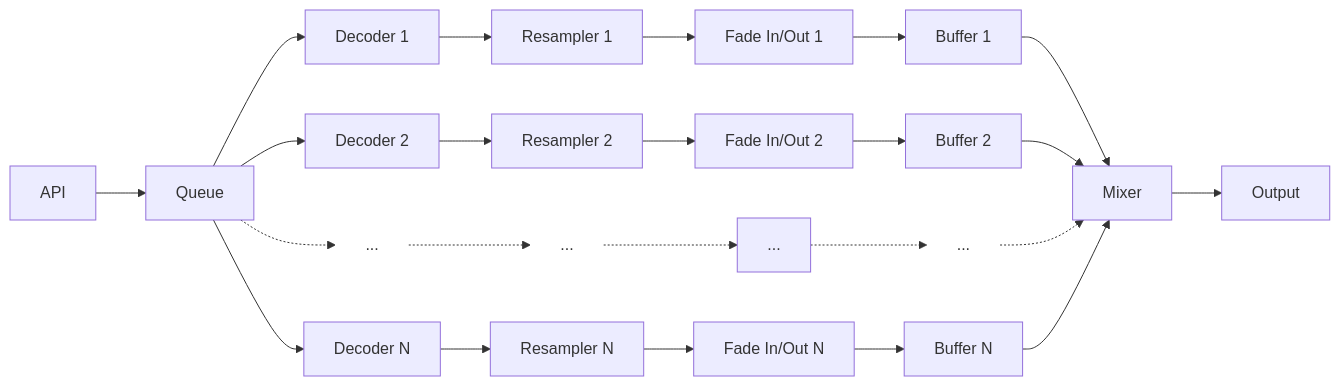
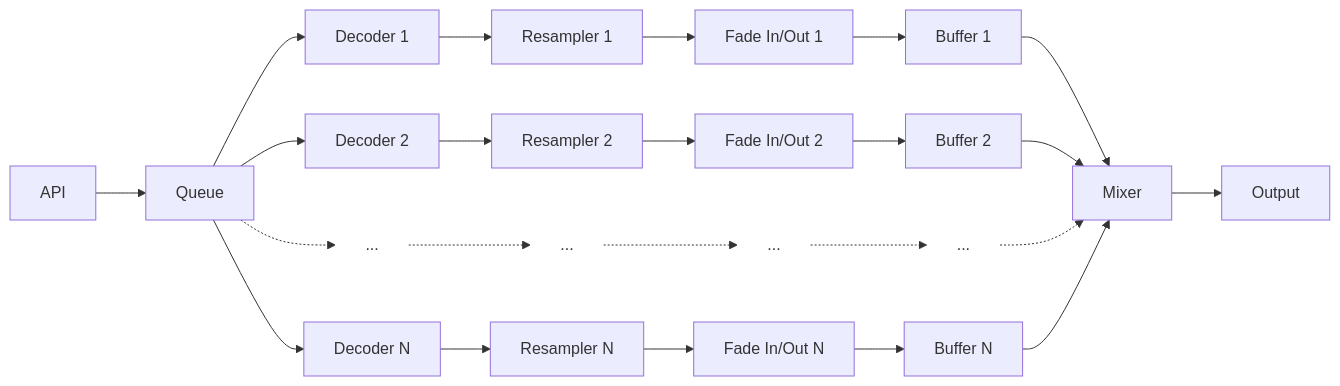
The diagram in docs/NEW-decoder_buffer_design.md (MangoCats/McRhythm), drawn with Mermaid before and after one commit.

Commit message:
refining new buffering spec

````diff
--- a/docs/NEW-decoder_buffer_design.md
+++ b/docs/NEW-decoder_buffer_design.md
@@ -69,34 +69,35 @@
 ```mermaid
 graph LR
     API[API] --> Queue[Queue]
     Queue --> Decoder1[Decoder 1]
     Queue --> Decoder2[Decoder 2]
     Queue -.-> DecoderDots[...]
     Queue --> DecoderN[Decoder N]
     
     Decoder1 --> Resampler1[Resampler 1]
     Decoder2 --> Resampler2[Resampler 2]
     DecoderDots -.-> ResamplerDots[...]
     DecoderN --> ResamplerN[Resampler N]
     
     Resampler1 --> Fade1[Fade In/Out 1]
     Resampler2 --> Fade2[Fade In/Out 2]
     ResamplerDots -.-> FadeDots[...]
     ResamplerN --> FadeN[Fade In/Out N]
     
     Fade1 --> Buffer1[Buffer 1]
     Fade2 --> Buffer2[Buffer 2]
     FadeDots -.-> BufferDots[...]
     FadeN --> BufferN[Buffer N]
 
     Buffer1 --> Mixer[Mixer]
     Buffer2 --> Mixer
     BufferDots -.-> Mixer
     BufferN --> Mixer
     
     Mixer --> Output[Output]
     
     style DecoderDots fill:none,stroke:none
     style ResamplerDots fill:none,stroke:none
+    style FadeDots fill:none,stroke:none
     style BufferDots fill:none,stroke:none
 ```
````
